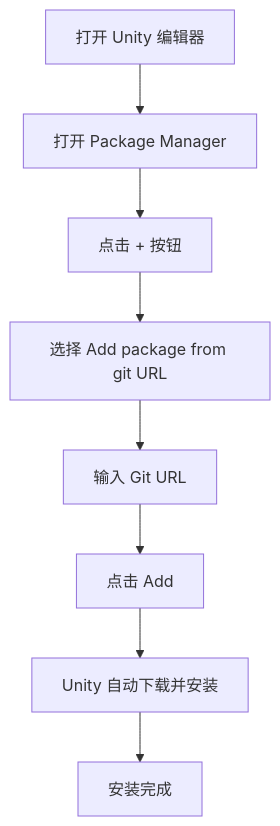
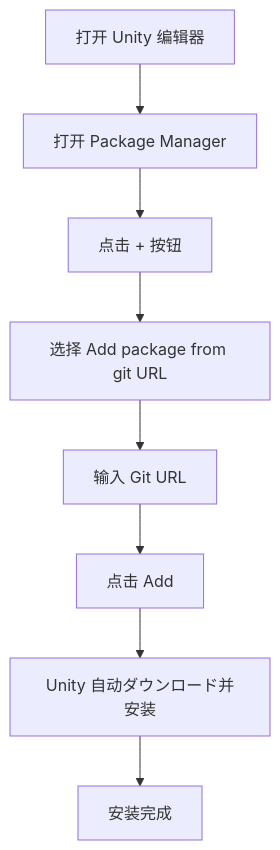
Before and after one commit to AlianBlank/GameFrameX.Docs: the diagram in docs/ja/client/unity/component/config/02.installation.md, drawn with Mermaid. The commit also changed other lines of this file and 603 other files, not shown here.

````diff
--- a/docs/ja/client/unity/component/config/02.installation.md
+++ b/docs/ja/client/unity/component/config/02.installation.md
@@ -60,10 +60,10 @@
 ```mermaid
 flowchart TD
     A[打开 Unity 编辑器] --> B[打开 Package Manager]
     B --> C[点击 + 按钮]
     C --> D[选择 Add package from git URL]
     D --> E[输入 Git URL]
     E --> F[点击 Add]
-    F --> G[Unity 自动下载并安装]
+    F --> G[Unity 自动ダウンロード并安装]
     G --> H[安装完成]
 ```
````
